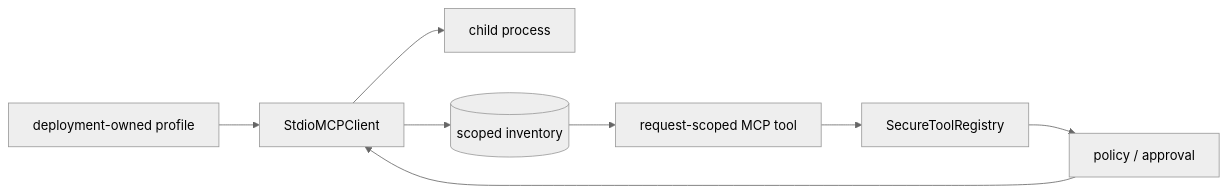
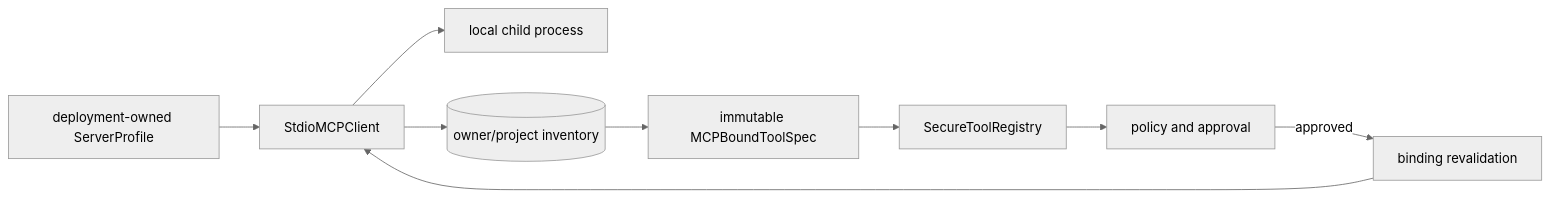
Before and after one commit to levalencia/archon: the first of 2 diagrams in docs/course/concepts/mcp.md, drawn with Mermaid (neutral theme). The commit also changed other lines of this file and 7 other files, not shown here.

````diff
--- a/docs/course/concepts/mcp.md
+++ b/docs/course/concepts/mcp.md
@@ -12,10 +21,11 @@
 ```mermaid
 flowchart LR
-  Profile[deployment-owned profile] --> Client[StdioMCPClient]
-  Client --> Server[child process]
-  Client --> Inventory[(scoped inventory)]
-  Inventory --> Binding[request-scoped MCP tool]
+  Profile[deployment-owned ServerProfile] --> Client[StdioMCPClient]
+  Client --> Process[local child process]
+  Client --> Inventory[(owner/project inventory)]
+  Inventory --> Binding[immutable MCPBoundToolSpec]
   Binding --> Registry[SecureToolRegistry]
-  Registry --> Policy[policy / approval]
-  Policy --> Client
+  Registry --> Policy[policy and approval]
+  Policy -->|approved| Recheck[binding revalidation]
+  Recheck --> Client
 ```
````
